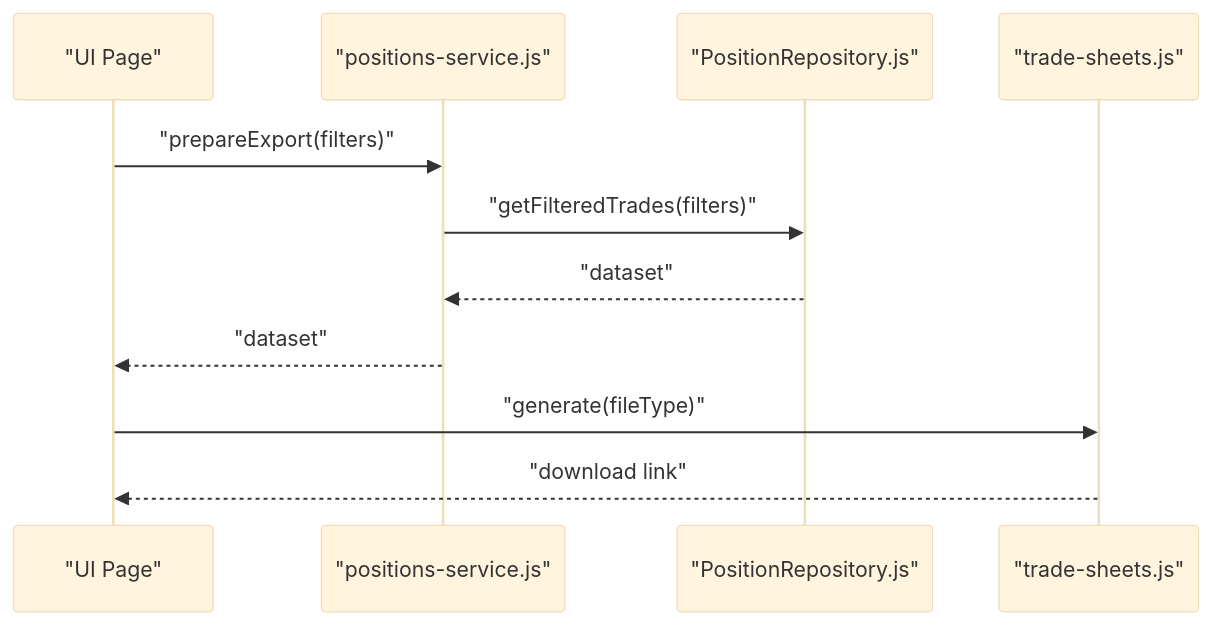
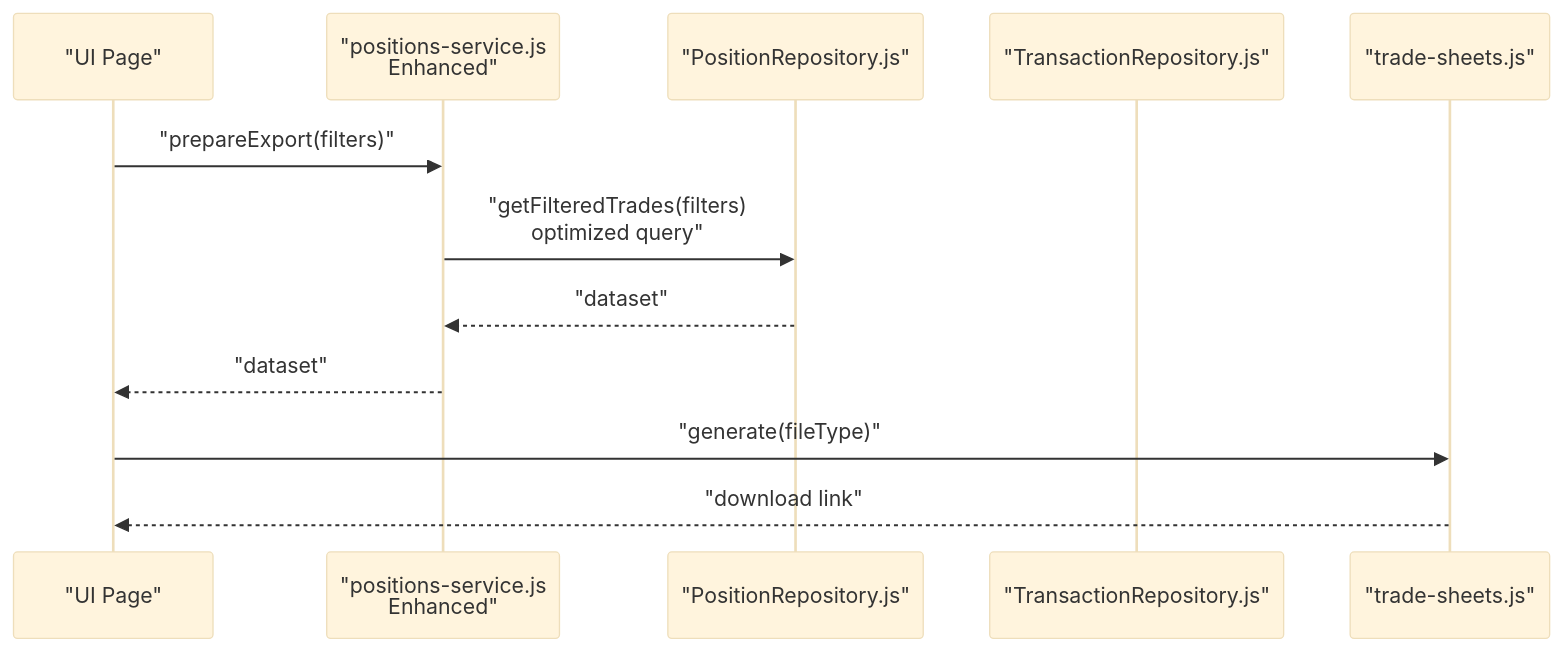
Diagram 11 of 12 in .qoder/repowiki/en/content/Core Features/Positions Tracking/Positions Tracking.md (iliyas77/MTF-monitor), drawn with Mermaid (base theme) before and after one commit. The commit also changed other lines of this file and 46 other files, not shown here.

````diff
--- a/.qoder/repowiki/en/content/Core Features/Positions Tracking/Positions Tracking.md
+++ b/.qoder/repowiki/en/content/Core Features/Positions Tracking/Positions Tracking.md
@@ -467,13 +540,14 @@
 ```mermaid
 sequenceDiagram
 participant UI as "UI Page"
-participant Service as "positions-service.js"
+participant Service as "positions-service.js<br/>Enhanced"
 participant Repo as "PositionRepository.js"
+participant TxRepo as "TransactionRepository.js"
 participant Sheets as "trade-sheets.js"
 UI->>Service : "prepareExport(filters)"
-Service->>Repo : "getFilteredTrades(filters)"
+Service->>Repo : "getFilteredTrades(filters)<br/>optimized query"
 Repo-->>Service : "dataset"
 Service-->>UI : "dataset"
 UI->>Sheets : "generate(fileType)"
 Sheets-->>UI : "download link"
 ```
````
